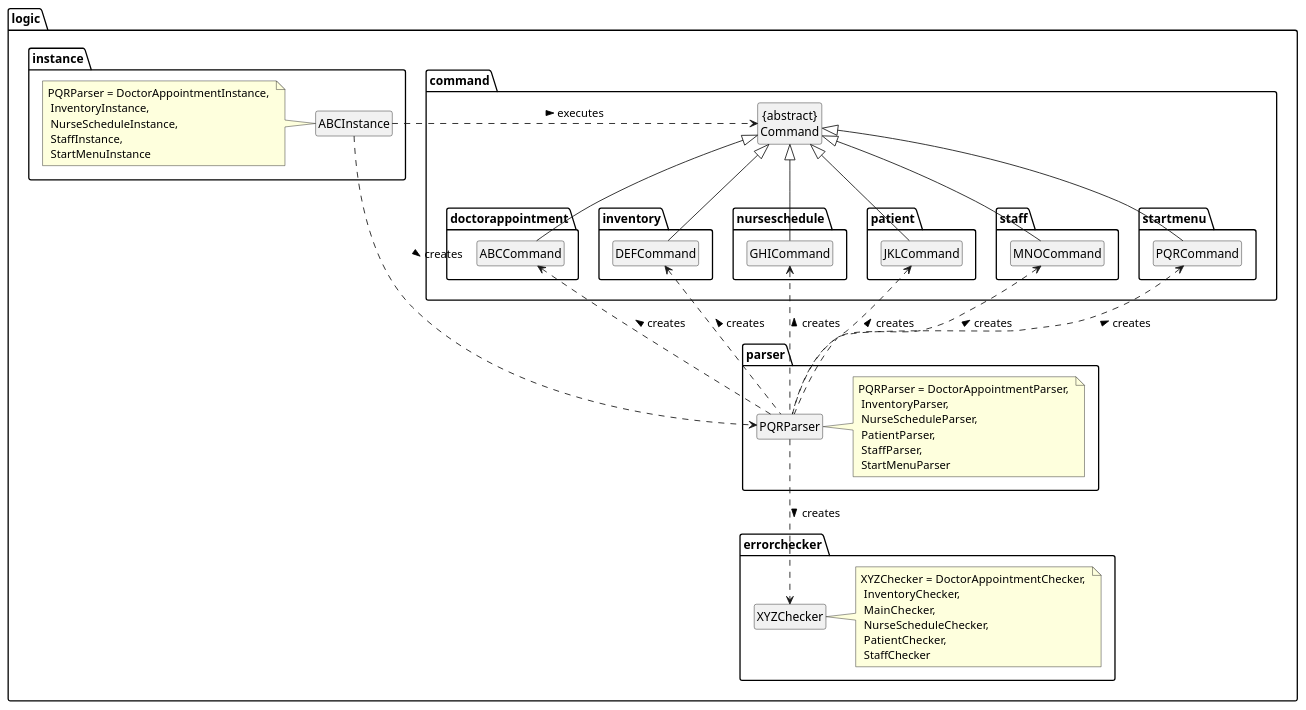
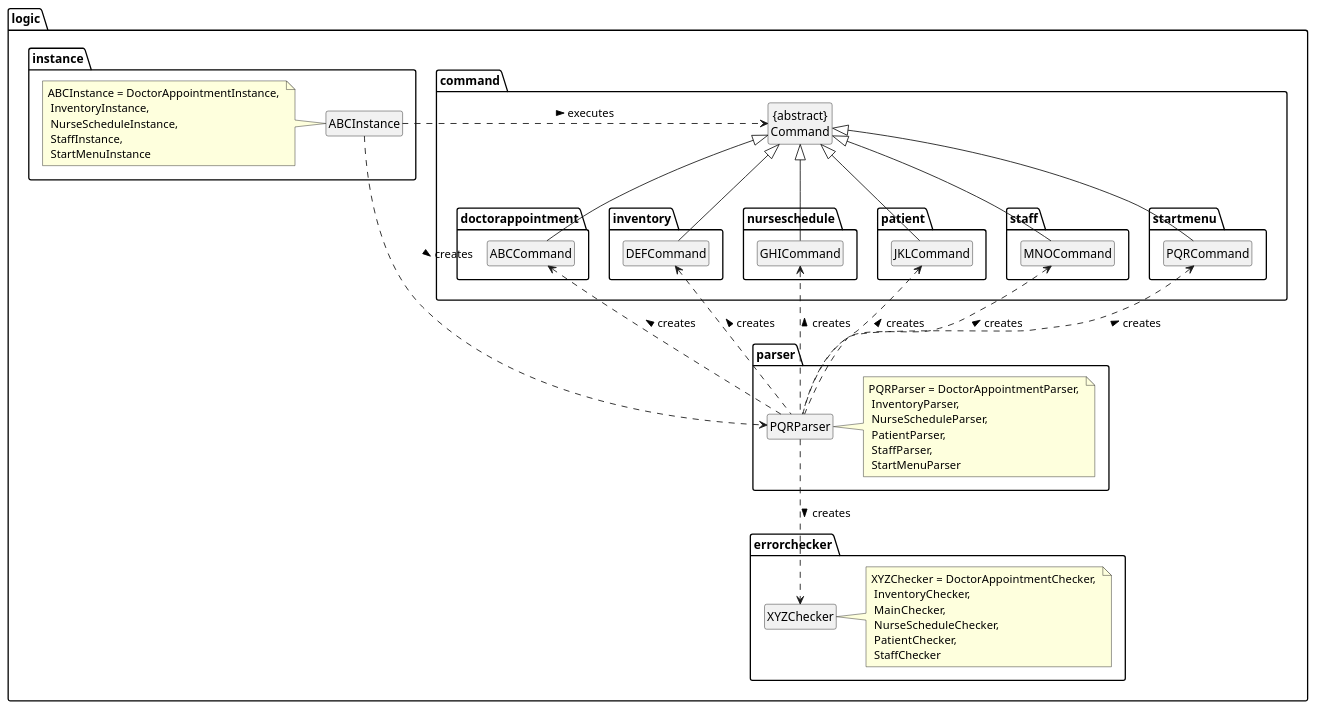
Before and after one commit to nus-cs2113-AY2021S2/tp: the diagram in docs/diagrams/LogicComponent.puml, drawn with PlantUML. The commit also changed 3 other files, not shown here.

```diff
--- a/docs/diagrams/LogicComponent.puml
+++ b/docs/diagrams/LogicComponent.puml
@@ -1,54 +1,54 @@
 @startuml
 
 hide members
 hide circle
 skinparam classAttributeIconSize 0
 package logic{
 package command{
 Class "{abstract}\nCommand" as Command
 package doctorappointment {
 Command <|-- ABCCommand
 }
 package inventory {
 Command <|-- DEFCommand
 }
 package nurseschedule {
 Command <|-- GHICommand
 }
 package patient {
 Command <|-- JKLCommand
 }
 package staff {
 Command <|-- MNOCommand
 }
 package startmenu {
 Command <|-- PQRCommand
 }
 }
 package errorchecker{
 Class XYZChecker
 note right: XYZChecker = DoctorAppointmentChecker, \n InventoryChecker, \n MainChecker, \n NurseScheduleChecker, \n PatientChecker, \n StaffChecker
 }
 
 package parser{
 Class PQRParser
 note right: PQRParser = DoctorAppointmentParser, \n InventoryParser, \n NurseScheduleParser, \n PatientParser, \n StaffParser, \n StartMenuParser
 PQRParser .down.> XYZChecker : creates >
 PQRParser .up.> ABCCommand : creates >
 PQRParser .up.> DEFCommand : creates >
 PQRParser .up.> GHICommand : creates >
 PQRParser .up.> JKLCommand : creates >
 PQRParser .up.> MNOCommand : creates >
 PQRParser .up.> PQRCommand : creates >
 }
 
 package instance {
 Class ABCInstance
-note left: PQRParser = DoctorAppointmentInstance, \n InventoryInstance, \n NurseScheduleInstance, \n StaffInstance, \n StartMenuInstance
+note left: ABCInstance = DoctorAppointmentInstance, \n InventoryInstance, \n NurseScheduleInstance, \n StaffInstance, \n StartMenuInstance
 ABCInstance .RIGHT.> PQRParser : creates >
 ABCInstance .RIGHT.> Command : executes >
 }
 
 }
 
 @enduml
```
